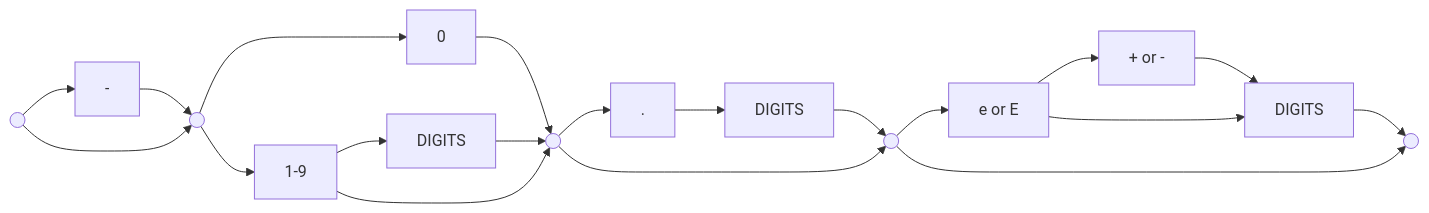
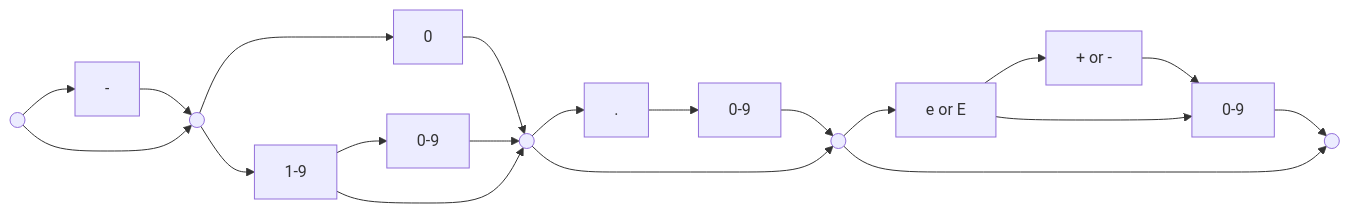
Before and after one commit to e66head/json-parser: the fifth of 6 diagrams in json_grammar.md, drawn with Mermaid. The commit also changed other lines of this file and 9 other files, not shown here.

````diff
--- a/json_grammar.md
+++ b/json_grammar.md
@@ -98,16 +156,16 @@
 ```mermaid
 graph LR
-    Start(( )) --> MINUS["-"] --> POS
-    Start --> POS(( ))
+    Start(( )) --> MINUS["-"] --> NEXT1(( ))
+    Start --> NEXT1
 
-    POS --> ZERO["0"] --> NEXT
-    POS --> ONENINE["1-9"] --> DIGITS[DIGITS] --> NEXT
-    ONENINE --> NEXT(( ))
+    NEXT1 --> ZERO["0"] --> NEXT2(( ))
+    NEXT1 --> ONENINE["1-9"] --> DIGITS["0-9"] --> NEXT2
+    ONENINE --> NEXT2
 
-    NEXT --> DOT["."] --> FRAC_DIGITS[DIGITS] --> NEXT2
-    NEXT --> NEXT2(( ))
+    NEXT2 --> DOT["."] --> FRAC_DIGITS["0-9"] --> NEXT3(( ))
+    NEXT2 --> NEXT3
 
-    NEXT2 --> EXP["e or E"] --> SIGN["+ or -"] --> EXP_DIGITS[DIGITS] --> End(( ))
+    NEXT3 --> EXP["e or E"] --> SIGN["+ or -"] --> EXP_DIGITS["0-9"] --> End(( ))
     EXP --> EXP_DIGITS
-    NEXT2 --> End
+    NEXT3 --> End
 ```
````
